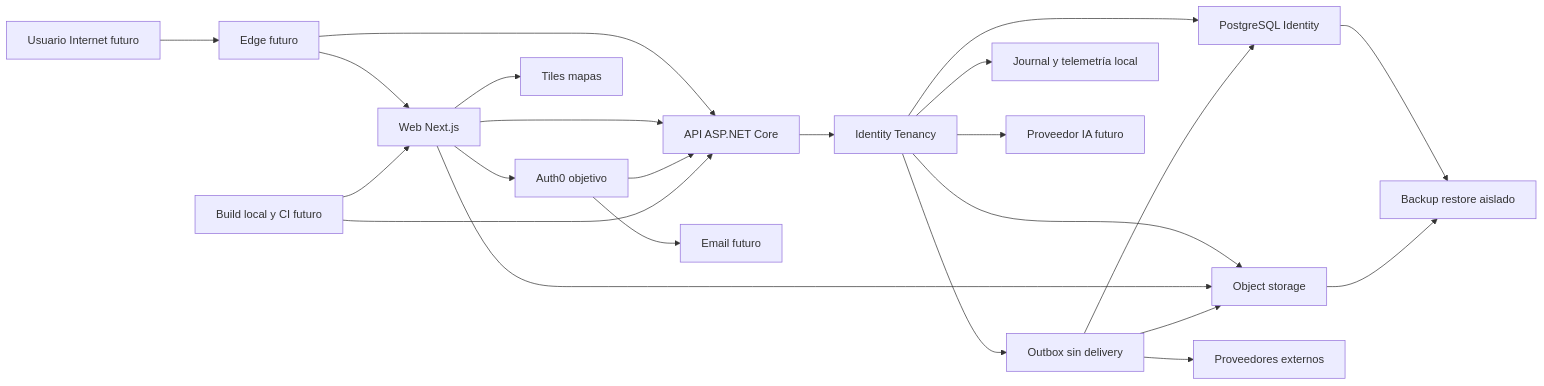
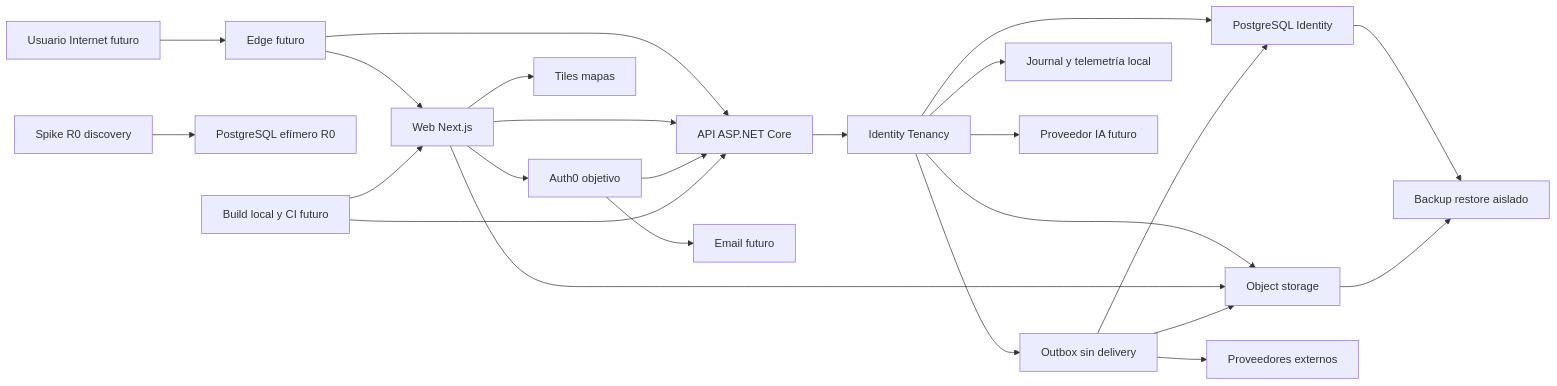
The diagram in tasks/evidence/AGRO-SEC-001/AgropecuarIA-threat-model.md (JuaniRMariani/AgropecuarIA), drawn with Mermaid before and after one commit. The commit also changed other lines of this file and 7 other files, not shown here.

````diff
--- a/tasks/evidence/AGRO-SEC-001/AgropecuarIA-threat-model.md
+++ b/tasks/evidence/AGRO-SEC-001/AgropecuarIA-threat-model.md
@@ -62,25 +64,26 @@
 ```mermaid
 flowchart LR
   U["Usuario Internet futuro"] --> E["Edge futuro"]
   E --> W["Web Next.js"]
   E --> A["API ASP.NET Core"]
   W --> I["Auth0 objetivo"]
   W --> A["API ASP.NET Core"]
   I --> A
   I --> N["Email futuro"]
   A --> M["Identity Tenancy"]
   M --> D["PostgreSQL Identity"]
+  S["Spike R0 discovery"] --> SD["PostgreSQL efímero R0"]
   M --> O["Object storage"]
   W --> O
   W --> T["Tiles mapas"]
   M --> Q["Outbox sin delivery"]
   Q --> D
   Q --> O
   Q --> P["Proveedores externos"]
   M --> L["Journal y telemetría local"]
   M --> X["Proveedor IA futuro"]
   B["Build local y CI futuro"] --> A
   B --> W
   D --> R["Backup restore aislado"]
   O --> R
 ```
````
